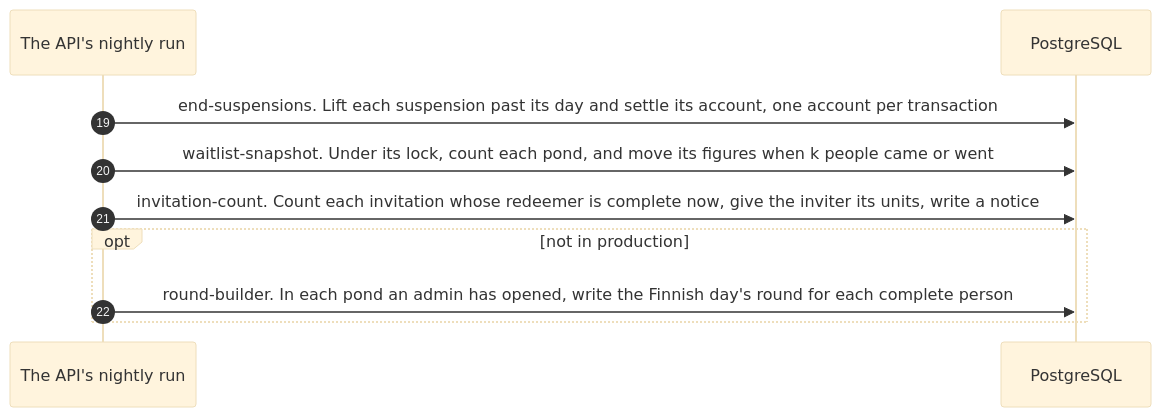
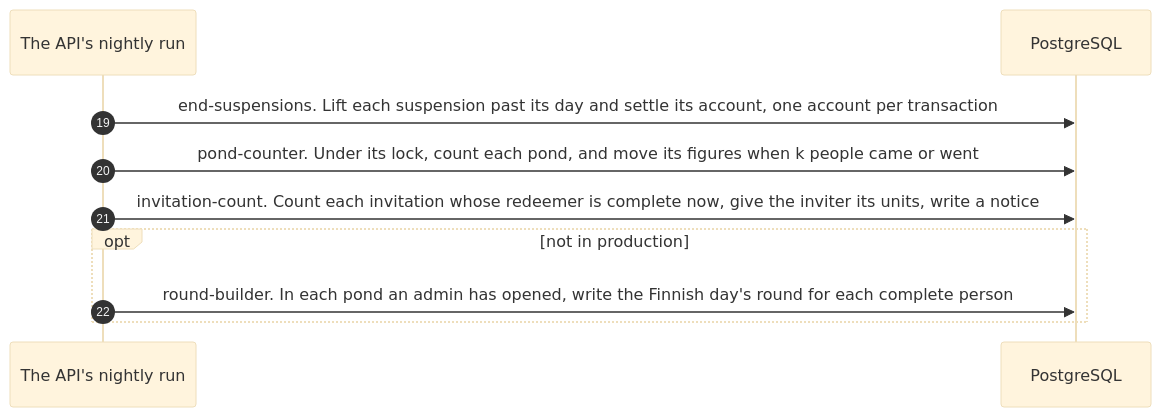
The third of 4 diagrams in docs/architecture/sequence-night.md (kuutti-ry/kuutti-app), drawn with Mermaid (base theme) before and after one commit. The commit also changed other lines of this file and 88 other files, not shown here.

First line of the commit message:
Rename the waitlist to the pond counter (#557)

````diff
--- a/docs/architecture/sequence-night.md
+++ b/docs/architecture/sequence-night.md
@@ -112,14 +112,14 @@
 ```mermaid
 sequenceDiagram
   accTitle: The night's jobs, part 3: the pond and the round
-  accDescr: Suspensions past their day end first, so a person let back in is counted the same night. Then the waitlist's figures, the invitations whose redeemer is complete, and, outside production, the Finnish day's round for each complete person of an open pond.
+  accDescr: Suspensions past their day end first, so a person let back in is counted the same night. Then the counter's figures, the invitations whose redeemer is complete, and, outside production, the Finnish day's round for each complete person of an open pond.
   autonumber 19
   participant api as The API's nightly run
   participant db as PostgreSQL
   api->>db: end-suspensions. Lift each suspension past its day and settle its account, one account per transaction
-  api->>db: waitlist-snapshot. Under its lock, count each pond, and move its figures when k people came or went
+  api->>db: pond-counter. Under its lock, count each pond, and move its figures when k people came or went
   api->>db: invitation-count. Count each invitation whose redeemer is complete now, give the inviter its units, write a notice
   opt not in production
     api->>db: round-builder. In each pond an admin has opened, write the Finnish day's round for each complete person
   end
 ```
````
